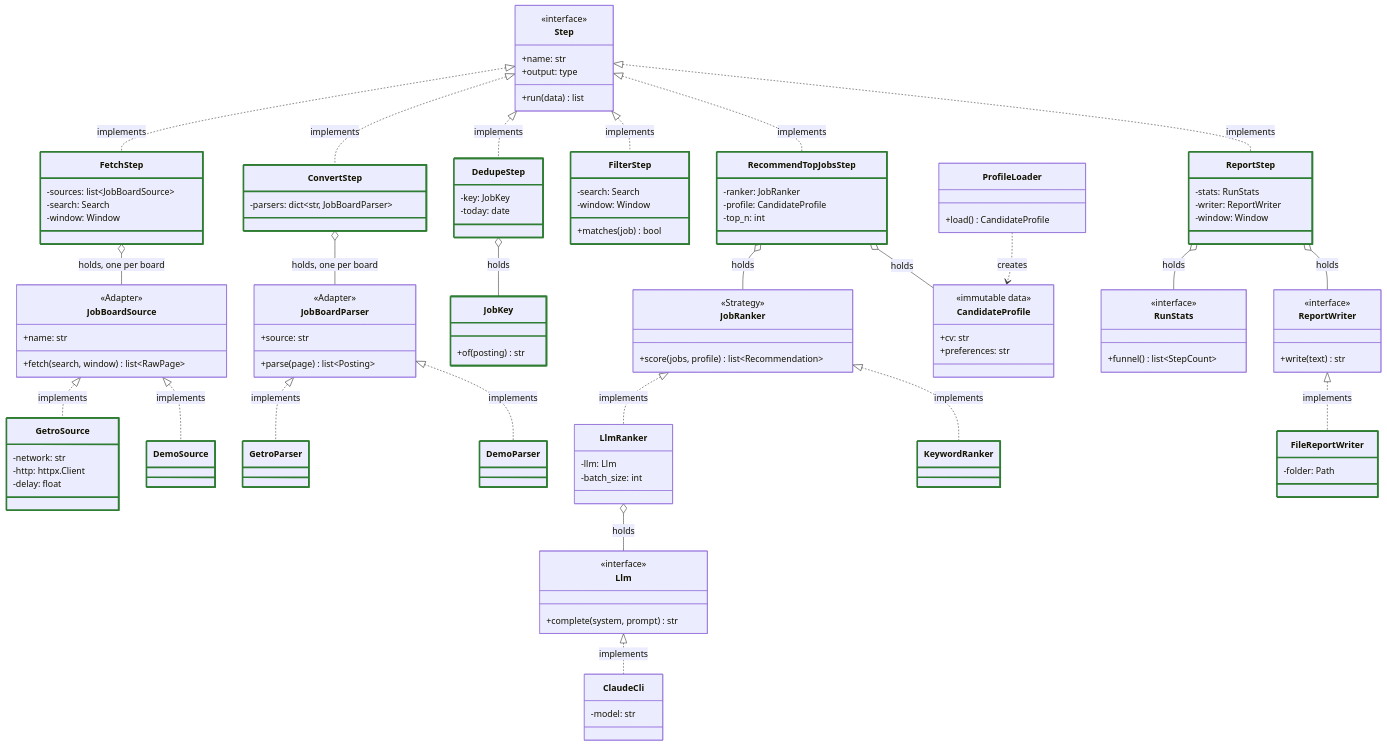
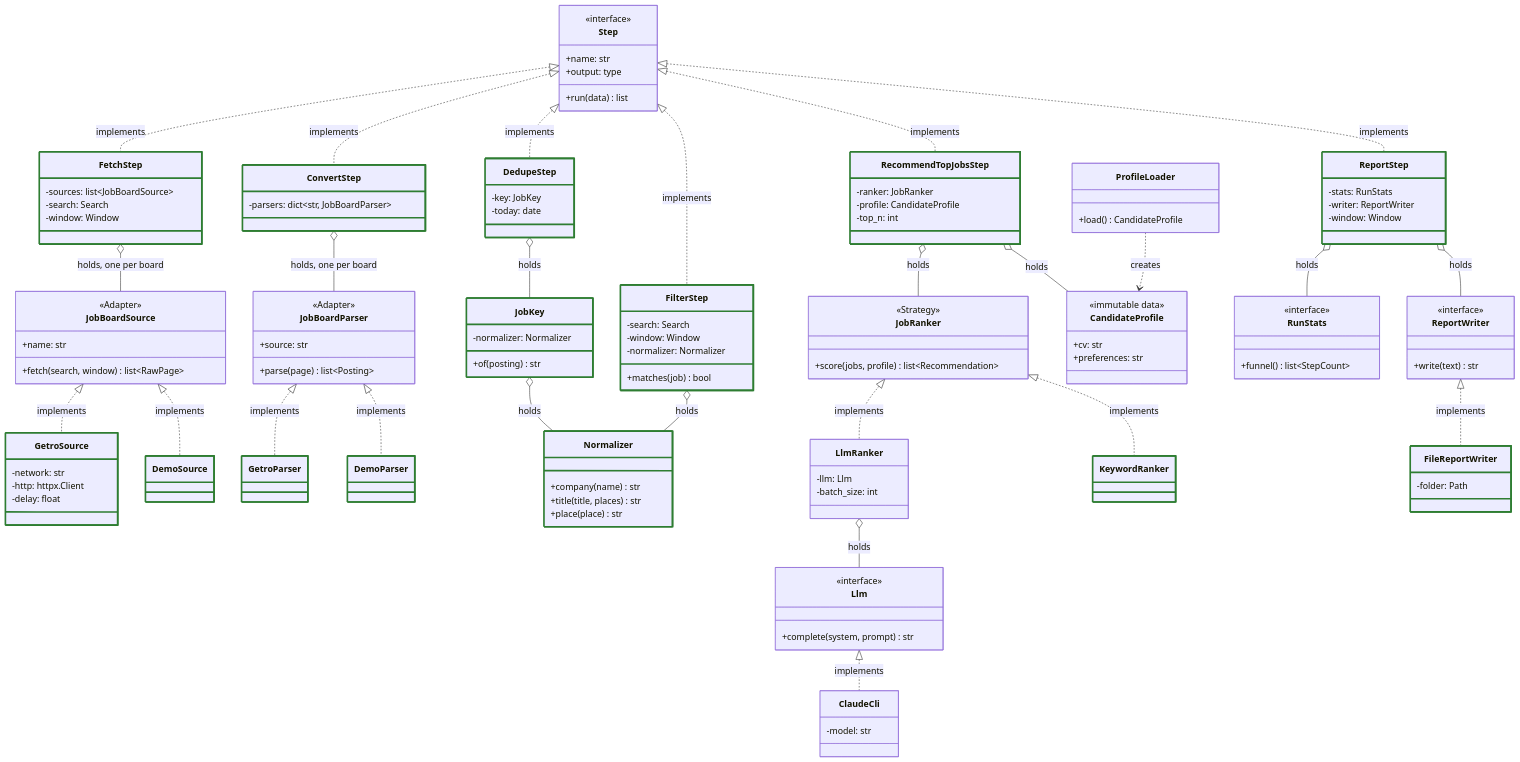
Before and after one commit to adailida/job-radar: the third of 5 diagrams in docs/architecture.md, drawn with Mermaid. The commit also changed other lines of this file and 11 other files, not shown here.

```diff
--- a/docs/architecture.md
+++ b/docs/architecture.md
@@ -206,11 +206,18 @@
         -today: date
     }
     class JobKey {
+        -normalizer: Normalizer
         +of(posting) str
+    }
+    class Normalizer {
+        +company(name) str
+        +title(title, places) str
+        +place(place) str
     }
     class FilterStep {
         -search: Search
         -window: Window
+        -normalizer: Normalizer
         +matches(job) bool
     }
     class RecommendTopJobsStep {
@@ -272,6 +279,8 @@
     JobBoardParser <|.. GetroParser : implements
     JobBoardParser <|.. DemoParser : implements
     DedupeStep o-- JobKey : holds
+    JobKey o-- Normalizer : holds
+    FilterStep o-- Normalizer : holds
     RecommendTopJobsStep o-- JobRanker : holds
     JobRanker <|.. LlmRanker : implements
     JobRanker <|.. KeywordRanker : implements
@@ -287,6 +296,7 @@
     style ConvertStep stroke:#2e7d32,stroke-width:3px
     style DedupeStep stroke:#2e7d32,stroke-width:3px
     style JobKey stroke:#2e7d32,stroke-width:3px
+    style Normalizer stroke:#2e7d32,stroke-width:3px
     style FilterStep stroke:#2e7d32,stroke-width:3px
     style RecommendTopJobsStep stroke:#2e7d32,stroke-width:3px
     style ReportStep stroke:#2e7d32,stroke-width:3px
```
